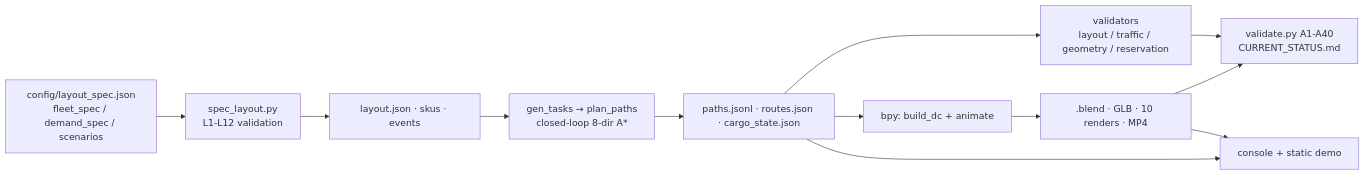
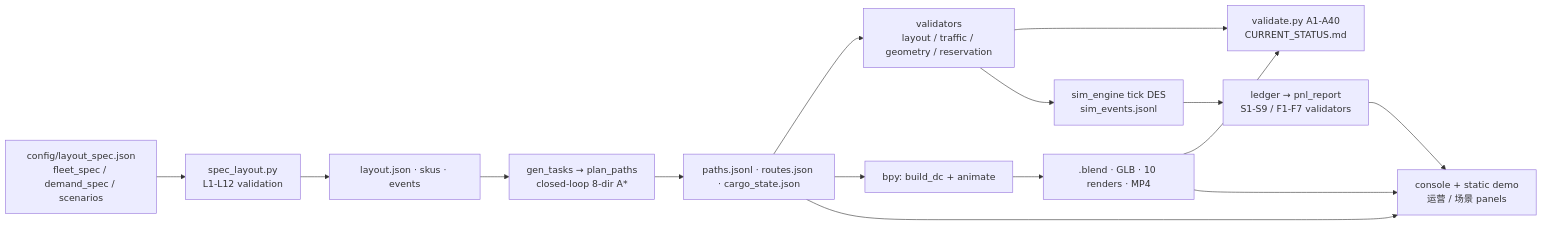
The diagram in README.md (ruanruanxiaomao/dc-twin), drawn with Mermaid before and after one commit. The commit also changed other lines of this file and 33 other files, not shown here.

First line of the commit message:
v0.2.0: stage A/B/C - tick simulation, P&L ledger, user-defined scenarios

````diff
--- a/README.md
+++ b/README.md
@@ -80,14 +87,17 @@
 ```mermaid
 flowchart LR
   A[config/layout_spec.json<br/>fleet_spec / demand_spec / scenarios] --> B[spec_layout.py<br/>L1-L12 validation]
   B --> C[layout.json · skus · events]
   C --> D[gen_tasks → plan_paths<br/>closed-loop 8-dir A*]
   D --> E[paths.jsonl · routes.json · cargo_state.json]
   E --> F[validators<br/>layout / traffic / geometry / reservation]
   E --> G[bpy: build_dc + animate]
   G --> H[.blend · GLB · 10 renders · MP4]
   F --> I[validate.py A1-A40<br/>CURRENT_STATUS.md]
   H --> I
-  E --> J[console + static demo]
+  F --> K[sim_engine tick DES<br/>sim_events.jsonl]
+  K --> L[ledger → pnl_report<br/>S1-S9 / F1-F7 validators]
+  L --> J
+  E --> J[console + static demo<br/>运营 / 场景 panels]
   H --> J
 ```
````
